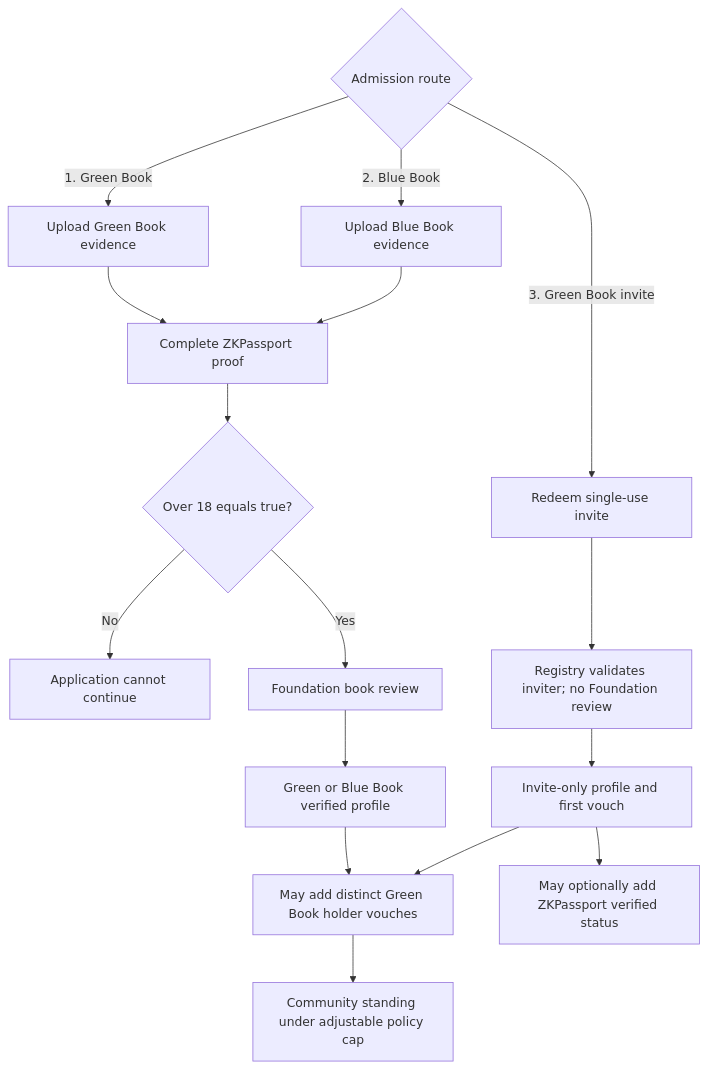
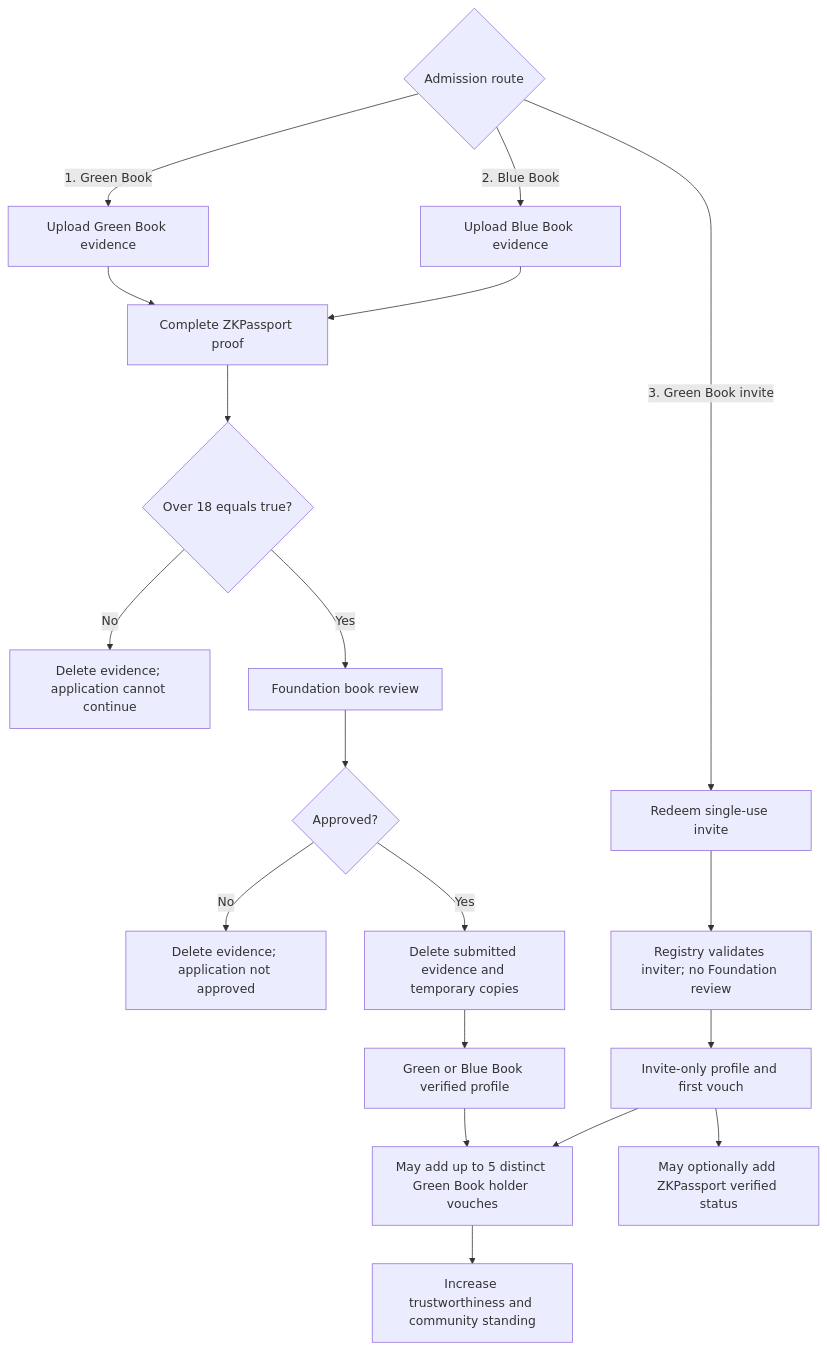
The third of 6 diagrams in README.md (AlexJupiter/tibetan-id), drawn with Mermaid before and after one commit. The commit also changed other lines of this file, not shown here.

Commit message:
Replace evidence custody with immediate deletion

````diff
--- a/README.md
+++ b/README.md
@@ -77,18 +78,21 @@
 ```mermaid
 flowchart TD
     A{Admission route} -->|1. Green Book| B[Upload Green Book evidence]
     A -->|2. Blue Book| C[Upload Blue Book evidence]
     A -->|3. Green Book invite| D[Redeem single-use invite]
     B --> E[Complete ZKPassport proof]
     C --> E
     E --> F{Over 18 equals true?}
-    F -->|No| G[Application cannot continue]
+    F -->|No| G[Delete evidence; application cannot continue]
     F -->|Yes| H[Foundation book review]
-    H --> I[Green or Blue Book verified profile]
+    H --> H0{Approved?}
+    H0 -->|No| H1[Delete evidence; application not approved]
+    H0 -->|Yes| I[Delete submitted evidence and temporary copies]
+    I --> O[Green or Blue Book verified profile]
     D --> J[Registry validates inviter; no Foundation review]
     J --> K[Invite-only profile and first vouch]
-    I --> L[May add distinct Green Book holder vouches]
+    O --> L[May add up to 5 distinct Green Book holder vouches]
     K --> L
     K --> M[May optionally add ZKPassport verified status]
-    L --> N[Community standing under adjustable policy cap]
+    L --> N[Increase trustworthiness and community standing]
 ```
````
